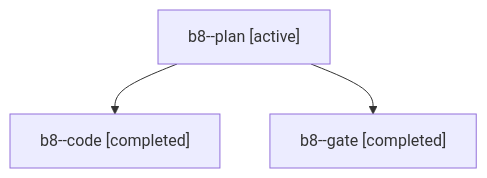
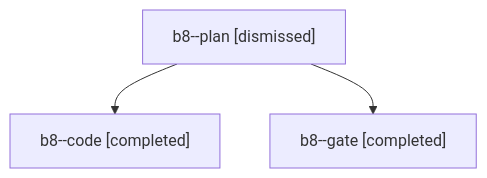
Before and after one commit to sase-org/sase--agents: the diagram in sessions/bbugyi200.apollo.b8.md, drawn with Mermaid. The commit also changed other lines of this file and 27 other files, not shown here.

````diff
--- a/sessions/bbugyi200.apollo.b8.md
+++ b/sessions/bbugyi200.apollo.b8.md
@@ -9,8 +9,8 @@
 ```mermaid
 flowchart TD
-  n0["b8--plan [active]"]
+  n0["b8--plan [dismissed]"]
   n1["b8--code [completed]"]
   n0 --> n1
   n2["b8--gate [completed]"]
   n0 --> n2
 ```
````
